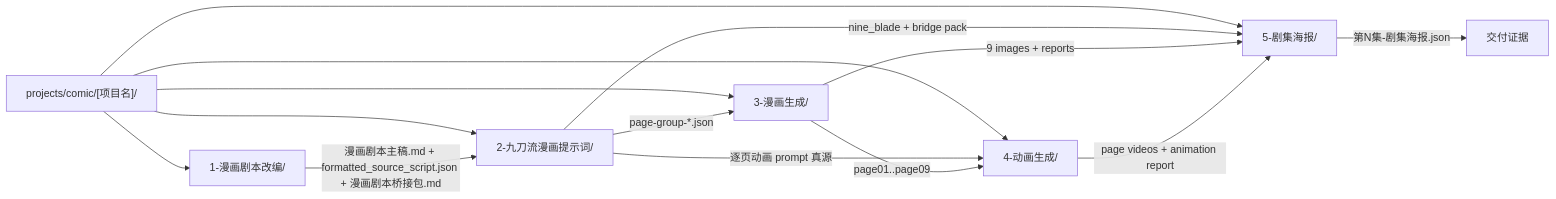
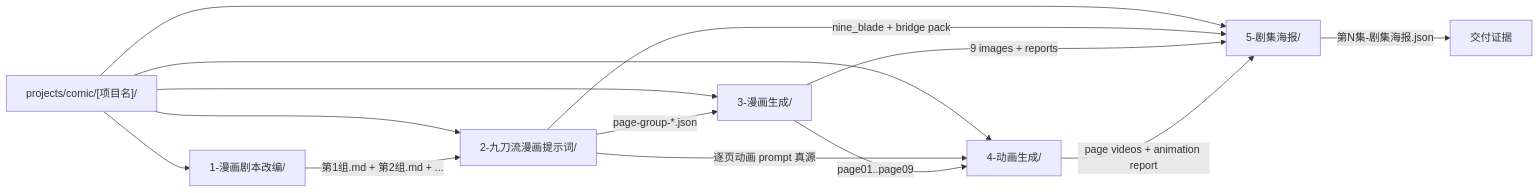
One commit to ZEN-VOID/AI-CUT changed the second of 3 diagrams in .agents/skills/comic/SKILL.md. Above: the diagram before and after it, drawn with Mermaid. The commit also changed other lines of this file and 184 other files, not shown here.

````diff
--- a/.agents/skills/comic/SKILL.md
+++ b/.agents/skills/comic/SKILL.md
@@ -132,16 +132,16 @@
 ```mermaid
 flowchart LR
     A["projects/comic/[项目名]/"] --> B["1-漫画剧本改编/"]
     A --> C["2-九刀流漫画提示词/"]
     A --> D["3-漫画生成/"]
     A --> E["4-动画生成/"]
     A --> F["5-剧集海报/"]
-    B -->|"漫画剧本主稿.md + formatted_source_script.json + 漫画剧本桥接包.md"| C
+    B -->|"第1组.md + 第2组.md + ... "| C
     C -->|"page-group-*.json"| D
     C -->|"逐页动画 prompt 真源"| E
     D -->|"page01..page09"| E
     C -->|"nine_blade + bridge pack"| F
     D -->|"9 images + reports"| F
     E -->|"page videos + animation report"| F
     F -->|"第N集-剧集海报.json"| G["交付证据"]
 ```
````
